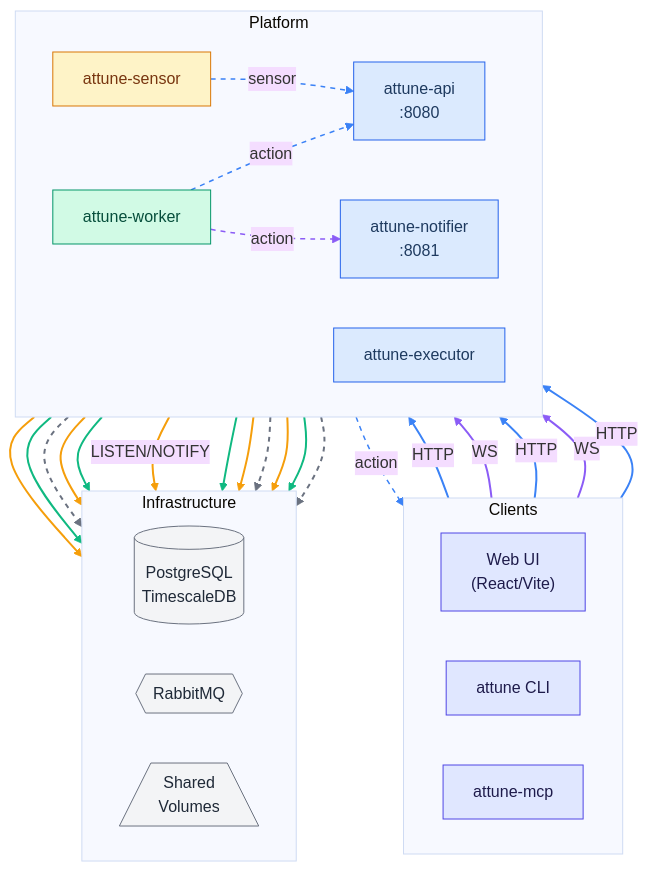
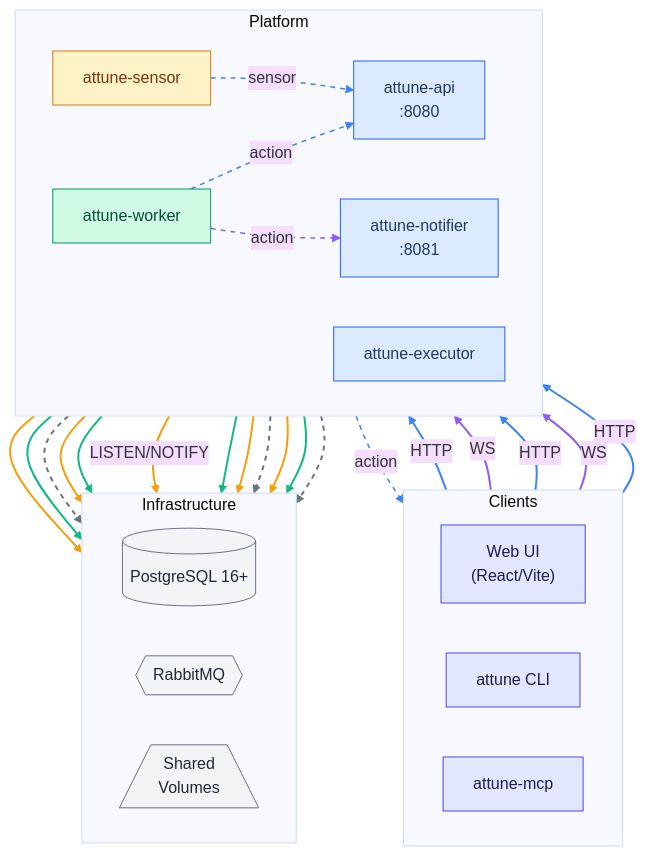
Before and after one commit to attune-system/attune-docs-site: the first of 4 diagrams in src/content/docs/introduction/architecture.md, drawn with Mermaid (base theme). The commit also changed other lines of this file and 34 other files, not shown here.

Commit message:
Release documentation 0.1.14 with current contracts and secure diagrams (#12)

```diff
--- a/src/content/docs/introduction/architecture.md
+++ b/src/content/docs/introduction/architecture.md
@@ -29,7 +29,7 @@
 
     subgraph Infrastructure
         direction LR
-        PG[("PostgreSQL<br/>TimescaleDB")]
+        PG[("PostgreSQL 16+")]
         RMQ{{"RabbitMQ"}}
         Vol[/"Shared<br/>Volumes"\]
     end
```
